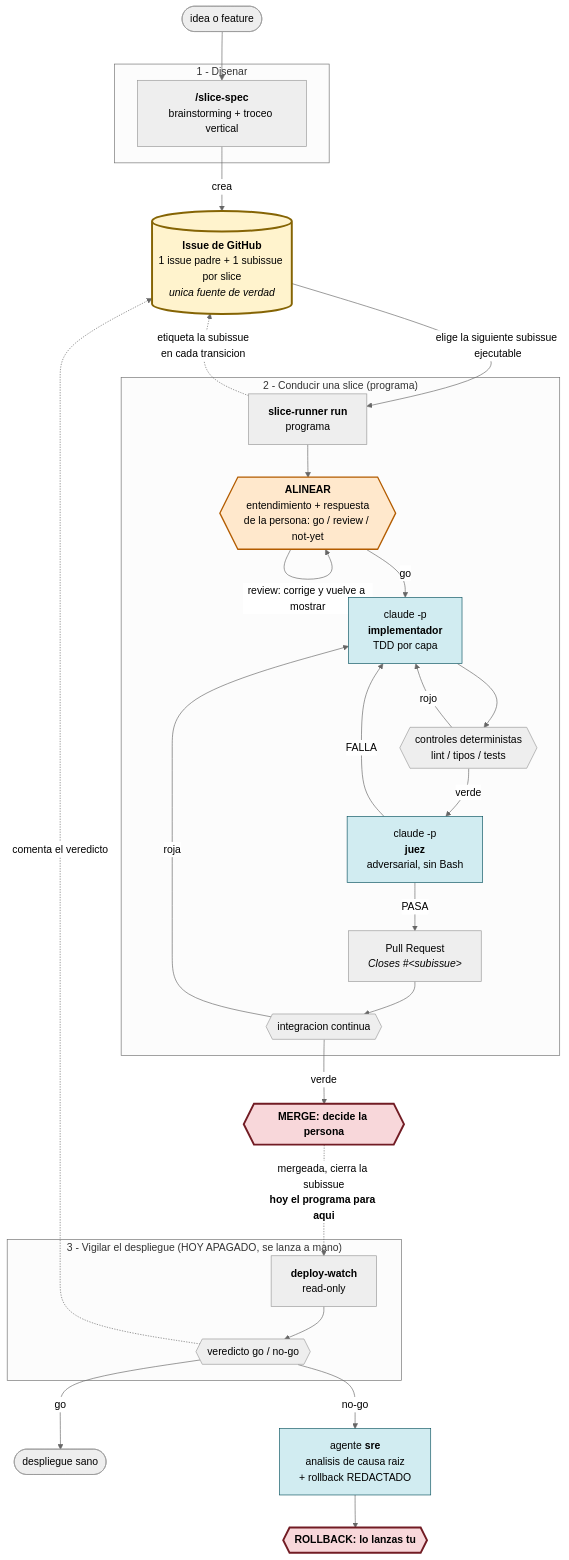
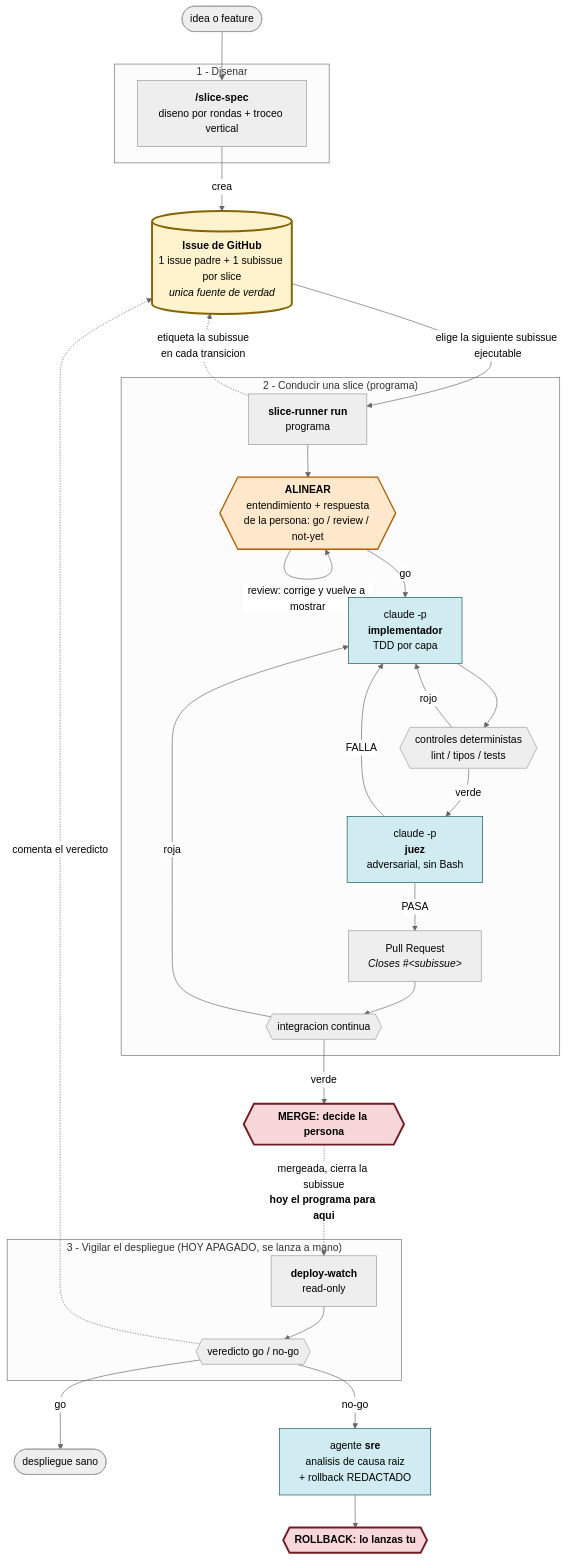
The diagram in README.md (alcaptar/agentic-skills), drawn with Mermaid (neutral theme) before and after one commit. The commit also changed other lines of this file and 2 other files, not shown here.

Commit message:
docs(slice-spec): Que el diseno no deje decisiones sin tomar que luego pague una slice

````diff
--- a/README.md
+++ b/README.md
@@ -44,57 +44,57 @@
 ```mermaid
 flowchart TD
     idea([idea o feature]) --> spec
 
     subgraph spec_phase["1 - Disenar"]
-        spec["<b>/slice-spec</b><br/>brainstorming + troceo vertical"]
+        spec["<b>/slice-spec</b><br/>diseno por rondas + troceo vertical"]
     end
 
     spec -->|crea| issue[("<b>Issue de GitHub</b><br/>1 issue padre + 1 subissue por slice<br/><i>unica fuente de verdad</i>")]
 
     issue -->|"elige la siguiente subissue ejecutable"| runner
 
     subgraph runner_phase["2 - Conducir una slice (programa)"]
         runner["<b>slice-runner run</b><br/>programa"]
         align{{"<b>ALINEAR</b><br/>entendimiento + respuesta<br/>de la persona: go / review / not-yet"}}
         impl["claude -p<br/><b>implementador</b><br/>TDD por capa"]
         ctrl{{"controles deterministas<br/>lint / tipos / tests"}}
         verif["claude -p<br/><b>juez</b><br/>adversarial, sin Bash"]
         pr["Pull Request<br/><i>Closes #&lt;subissue&gt;</i>"]
         ci{{"integracion continua"}}
 
         runner --> align
         align -->|"review: corrige y vuelve a mostrar"| align
         align -->|go| impl --> ctrl
         ctrl -->|rojo| impl
         ctrl -->|verde| verif
         verif -->|FALLA| impl
         verif -->|PASA| pr --> ci
         ci -->|roja| impl
     end
 
     ci -->|verde| gate1
 
     gate1{{"<b>MERGE: decide la persona</b>"}}
     gate1 -.->|"mergeada, cierra la subissue<br/><b>hoy el programa para aqui</b>"| watch
 
     subgraph watch_phase["3 - Vigilar el despliegue (HOY APAGADO, se lanza a mano)"]
         watch["<b>deploy-watch</b><br/>read-only"]
         core{{"veredicto go / no-go"}}
         watch --> core
     end
 
     core -->|go| ok([despliegue sano])
     core -->|no-go| rca["agente <b>sre</b><br/>analisis de causa raiz<br/>+ rollback REDACTADO"]
     rca --> gate2{{"<b>ROLLBACK: lo lanzas tu</b>"}}
 
     runner -.->|"etiqueta la subissue<br/>en cada transicion"| issue
     core -.->|"comenta el veredicto"| issue
 
     style issue fill:#fff3cd,stroke:#856404,stroke-width:3px
     style align fill:#ffe8cc,stroke:#b35c00,stroke-width:2px
     style gate1 fill:#f8d7da,stroke:#721c24,stroke-width:3px
     style gate2 fill:#f8d7da,stroke:#721c24,stroke-width:3px
     style verif fill:#d1ecf1,stroke:#0c5460
     style impl fill:#d1ecf1,stroke:#0c5460
     style rca fill:#d1ecf1,stroke:#0c5460
 ```
````
